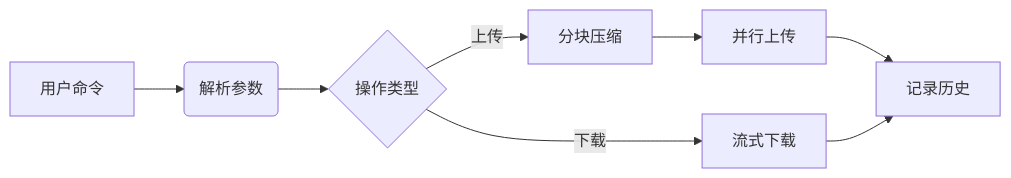
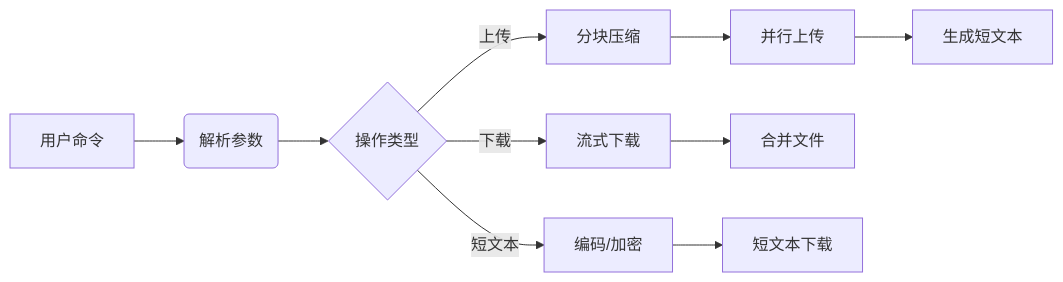
Before and after one commit to Aurzex/MiaoSend: the diagram in README.md, drawn with Mermaid. The commit also changed other lines of this file, not shown here.

````diff
--- a/README.md
+++ b/README.md
@@ -56,10 +84,12 @@
 ```mermaid
 graph LR
     A[用户命令] --> B(解析参数)
     B --> C{操作类型}
     C -->|上传| D[分块压缩]
     C -->|下载| E[流式下载]
-    D --> F[并行上传]
-    F --> G[记录历史]
-    E --> G
+    C -->|短文本| F[编码/加密]
+    D --> G[并行上传]
+    G --> H[生成短文本]
+    E --> I[合并文件]
+    F --> J[短文本下载]
 ```
````
